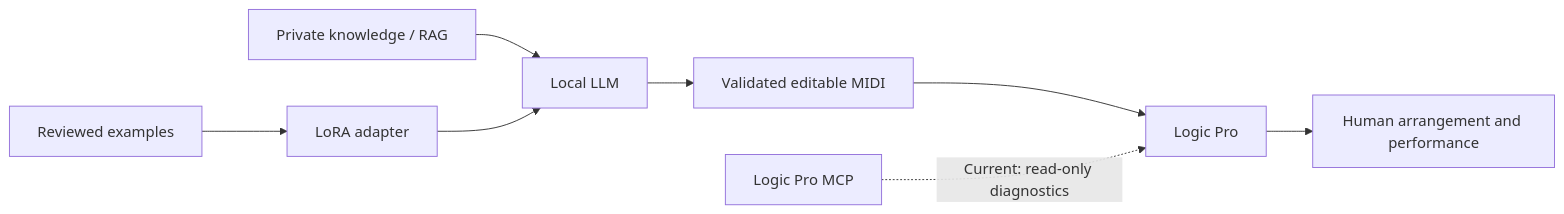
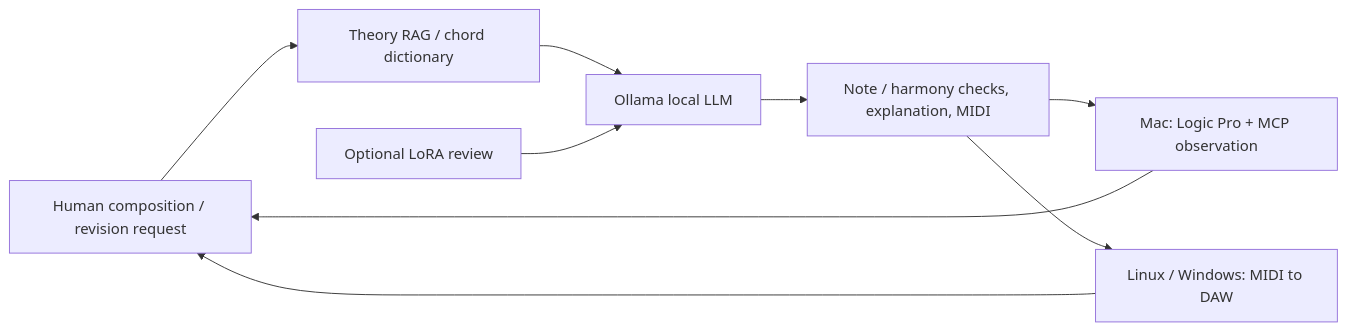
Before and after one commit to Sovereign-Music-Lab/DeepChord: the diagram in README.md, drawn with Mermaid. The commit also changed other lines of this file and 37 other files, not shown here.

Commit message:
Add public harmony foundations and persistent cross-platform composition sessions

````diff
--- a/README.md
+++ b/README.md
@@ -15,10 +11,11 @@
 ```mermaid
 flowchart LR
-    R[Private knowledge / RAG] --> L[Local LLM]
-    D[Reviewed examples] --> A[LoRA adapter]
-    A --> L
-    L --> M[Validated editable MIDI]
-    M --> P[Logic Pro]
-    C[Logic Pro MCP] -. Current: read-only diagnostics .-> P
-    P --> H[Human arrangement and performance]
+    H[Human composition / revision request] --> R[Theory RAG / chord dictionary]
+    R --> L[Ollama local LLM]
+    A[Optional LoRA review] --> L
+    L --> V[Note / harmony checks, explanation, MIDI]
+    V --> D[Mac: Logic Pro + MCP observation]
+    V --> P[Linux / Windows: MIDI to DAW]
+    D --> H
+    P --> H
 ```
````
